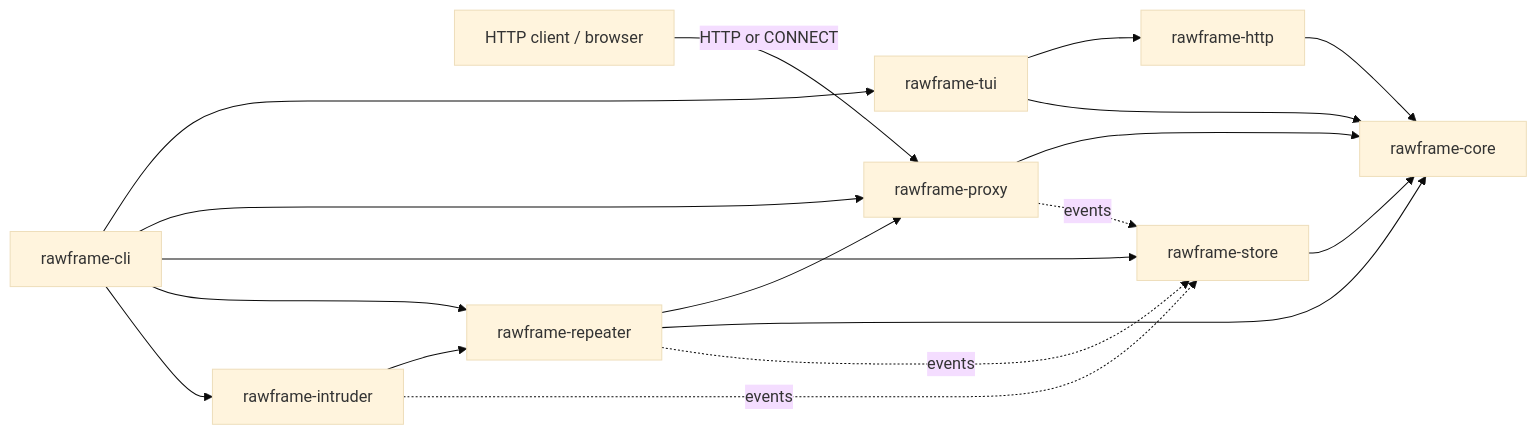
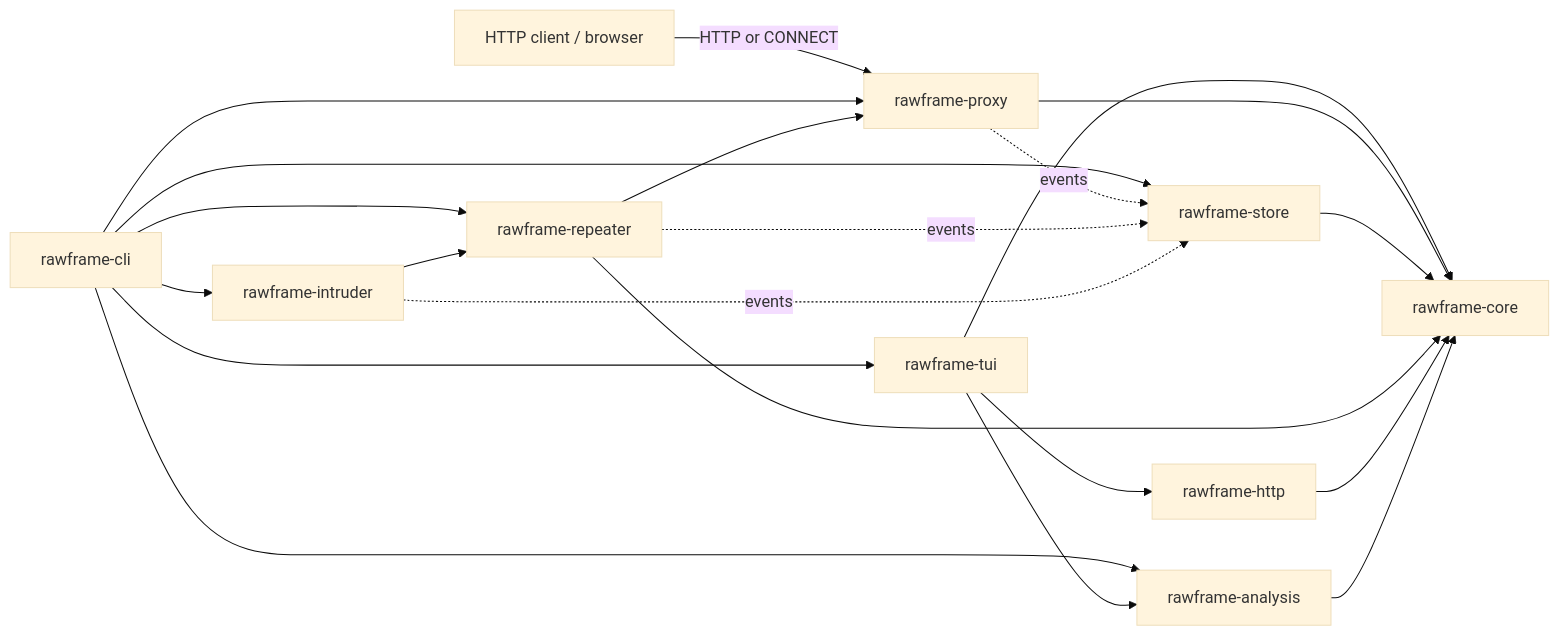
Before and after one commit to dustin04x/RAWFR4ME: the diagram in README.md, drawn with Mermaid (base theme). The commit also changed other lines of this file and 26 other files, not shown here.

````diff
--- a/README.md
+++ b/README.md
@@ -185,20 +248,23 @@
 ```mermaid
 flowchart LR
     client[HTTP client / browser] -->|HTTP or CONNECT| proxy[rawframe-proxy]
     cli[rawframe-cli] --> tui[rawframe-tui]
     cli --> proxy
     cli --> store[rawframe-store]
     cli --> repeater[rawframe-repeater]
     cli --> intruder[rawframe-intruder]
+    cli --> analysis[rawframe-analysis]
     repeater --> proxy
     intruder --> repeater
+    tui --> analysis
     tui --> http[rawframe-http]
     tui --> core[rawframe-core]
     proxy --> core
     store --> core
     repeater --> core
     http --> core
+    analysis --> core
     proxy -. events .-> store
     repeater -. events .-> store
     intruder -. events .-> store
 ```
````
